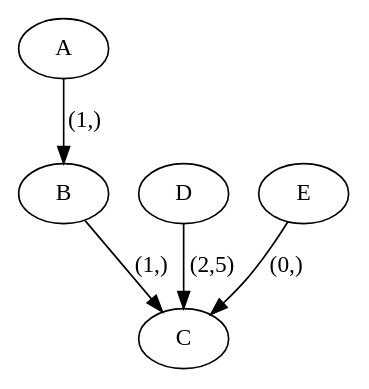
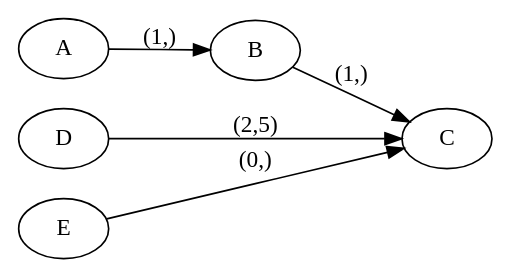
One commit to jerryz920/utils changed the diagram in random/strace-pio-build/g2.dot. Above: the diagram before and after it, drawn with Graphviz. The commit also changed 3 other files, not shown here.

```diff
--- a/random/strace-pio-build/g2.dot
+++ b/random/strace-pio-build/g2.dot
@@ -1,6 +1,8 @@
 digraph G {
+  graph [rankdir=LR];
+  {rank=same;A;D;E;}
   A -> B [ label = "(1,)" ]
   B -> C [ label = "(1,)" ]
   D -> C [ label = "(2,5)"]
   E -> C [ label = "(0,)"]
 }
```
